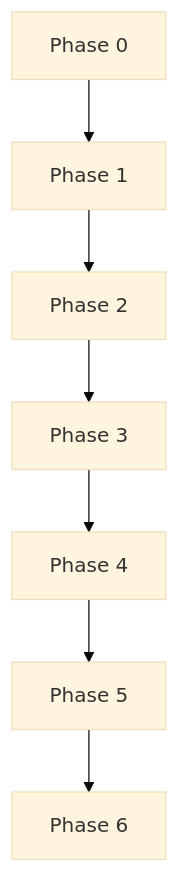
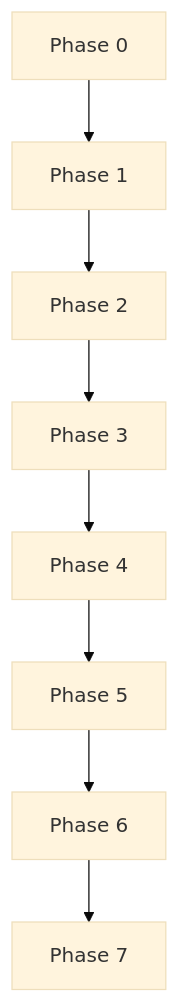
Before and after one commit to jedikim/web-testing: the diagram in doc/CODEX-IMPLEMENTATION-PLAN.en.md, drawn with Mermaid (base theme). The commit also changed other lines of this file and 33 other files, not shown here.

````diff
--- a/doc/CODEX-IMPLEMENTATION-PLAN.en.md
+++ b/doc/CODEX-IMPLEMENTATION-PLAN.en.md
@@ -93,9 +107,10 @@
 ```mermaid
 flowchart TD
     P0[Phase 0] --> P1[Phase 1]
     P1 --> P2[Phase 2]
     P2 --> P3[Phase 3]
     P3 --> P4[Phase 4]
     P4 --> P5[Phase 5]
     P5 --> P6[Phase 6]
+    P6 --> P7[Phase 7]
 ```
````
